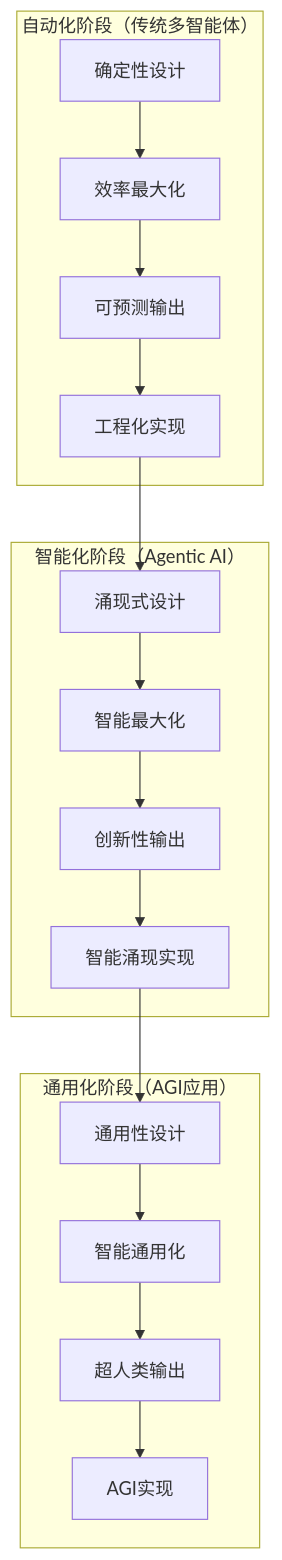
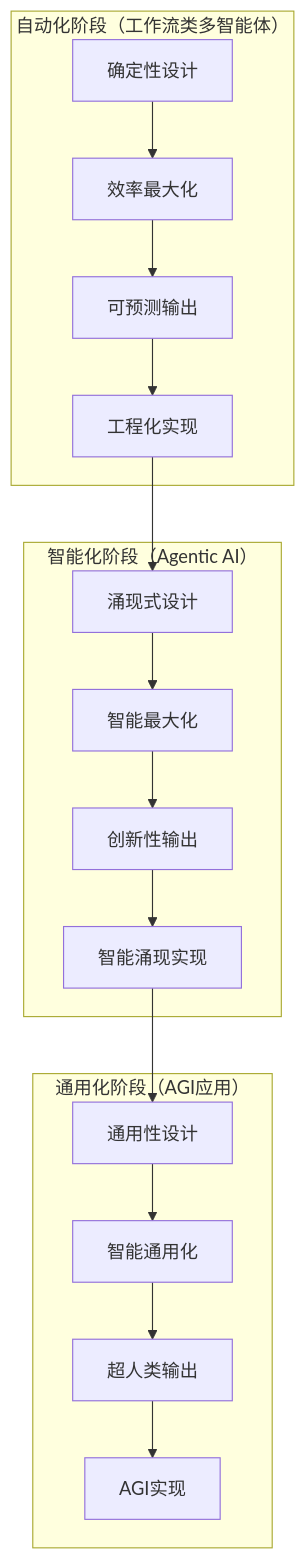
Before and after one commit to youyoude/agi-app-dev-guide-book: the third of 19 diagrams in 前言部分/Agentic_AI：通向AGI应用的关键前站与智能涌现之路.md, drawn with Mermaid. The commit also changed other lines of this file, not shown here.

````diff
--- a/前言部分/Agentic_AI：通向AGI应用的关键前站与智能涌现之路.md
+++ b/前言部分/Agentic_AI：通向AGI应用的关键前站与智能涌现之路.md
@@ -315,23 +315,23 @@
 ```mermaid
 graph TB
-    subgraph "自动化阶段（传统多智能体）"
+    subgraph "自动化阶段（工作流类多智能体）"
         A1[确定性设计] --> B1[效率最大化]
         B1 --> C1[可预测输出]
         C1 --> D1[工程化实现]
     end
     
     subgraph "智能化阶段（Agentic AI）"
         A2[涌现式设计] --> B2[智能最大化]
         B2 --> C2[创新性输出]
         C2 --> D2[智能涌现实现]
     end
     
     subgraph "通用化阶段（AGI应用）"
         A3[通用性设计] --> B3[智能通用化]
         B3 --> C3[超人类输出]
         C3 --> D3[AGI实现]
     end
     
     D1 --> A2
     D2 --> A3
 ```
````
